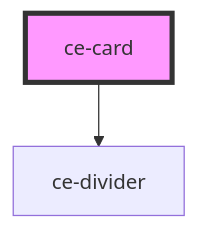
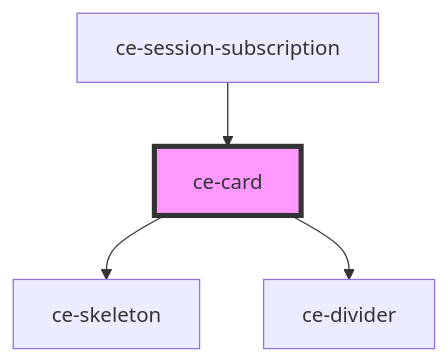
One commit to surecart/surecart-wp-plugin changed the diagram in packages/components/src/components/ui/card/readme.md. Above: the diagram before and after it, drawn with Mermaid. The commit also changed other lines of this file and 96 other files, not shown here.

````diff
--- a/packages/components/src/components/ui/card/readme.md
+++ b/packages/components/src/components/ui/card/readme.md
@@ -30,5 +36,7 @@
 ```mermaid
 graph TD;
+  ce-card --> ce-skeleton
   ce-card --> ce-divider
+  ce-session-subscription --> ce-card
   style ce-card fill:#f9f,stroke:#333,stroke-width:4px
 ```
````
